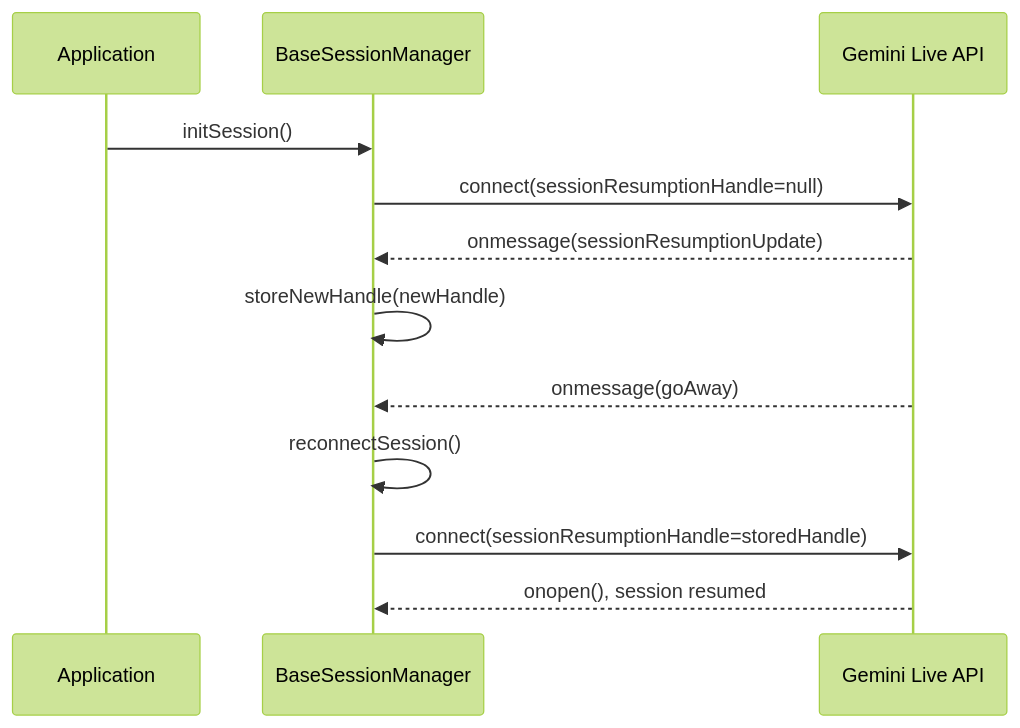
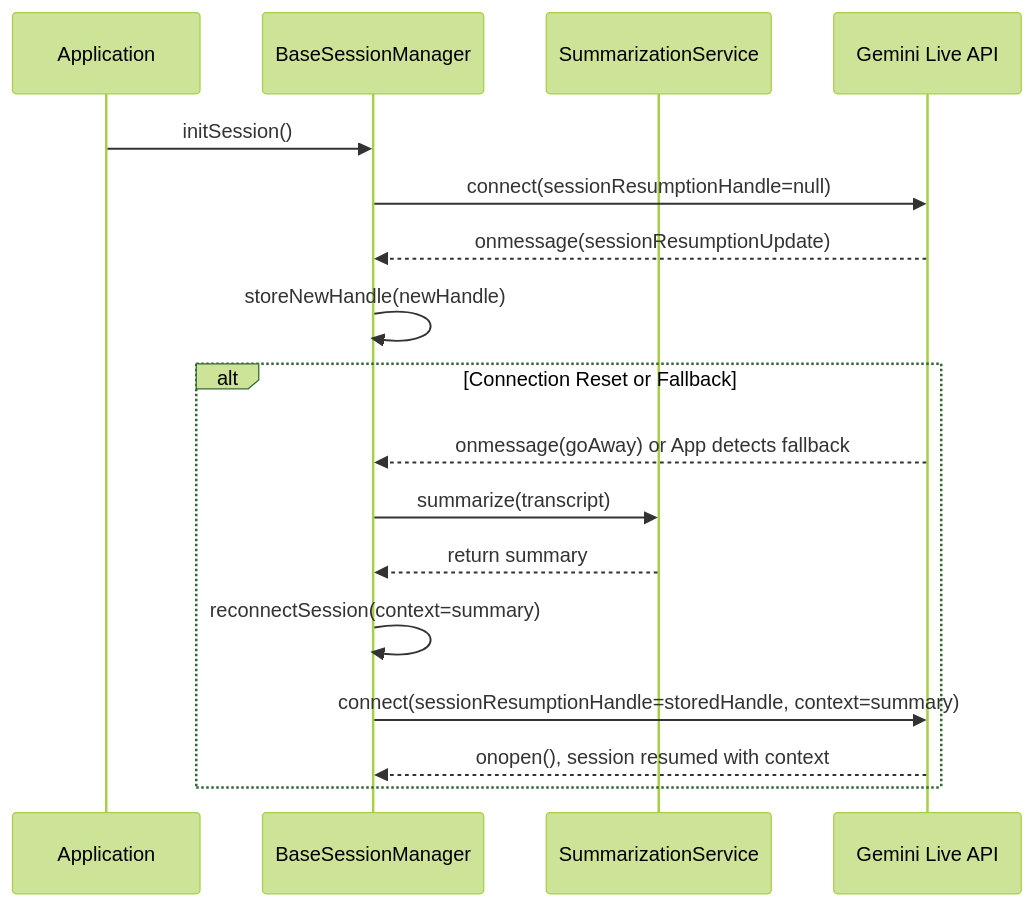
Before and after one commit to gemini-chan/gemini-chan.github.io: the diagram in docs/specs/gemini-live-api-session-management/design.md, drawn with Mermaid (forest theme). The commit also changed other lines of this file and 3 other files, not shown here.

````diff
--- a/docs/specs/gemini-live-api-session-management/design.md
+++ b/docs/specs/gemini-live-api-session-management/design.md
@@ -17,15 +17,21 @@
 ```mermaid
 sequenceDiagram
     participant App as Application
     participant BSM as BaseSessionManager
+    participant SS as SummarizationService
     participant GLA as Gemini Live API
 
     App->>BSM: initSession()
     BSM->>GLA: connect(sessionResumptionHandle=null)
     GLA-->>BSM: onmessage(sessionResumptionUpdate)
     BSM->>BSM: storeNewHandle(newHandle)
-    GLA-->>BSM: onmessage(goAway)
-    BSM->>BSM: reconnectSession()
-    BSM->>GLA: connect(sessionResumptionHandle=storedHandle)
-    GLA-->>BSM: onopen(), session resumed
+    
+    alt Connection Reset or Fallback
+        GLA-->>BSM: onmessage(goAway) or App detects fallback
+        BSM->>SS: summarize(transcript)
+        SS-->>BSM: return summary
+        BSM->>BSM: reconnectSession(context=summary)
+        BSM->>GLA: connect(sessionResumptionHandle=storedHandle, context=summary)
+        GLA-->>BSM: onopen(), session resumed with context
+    end
 ```
````
